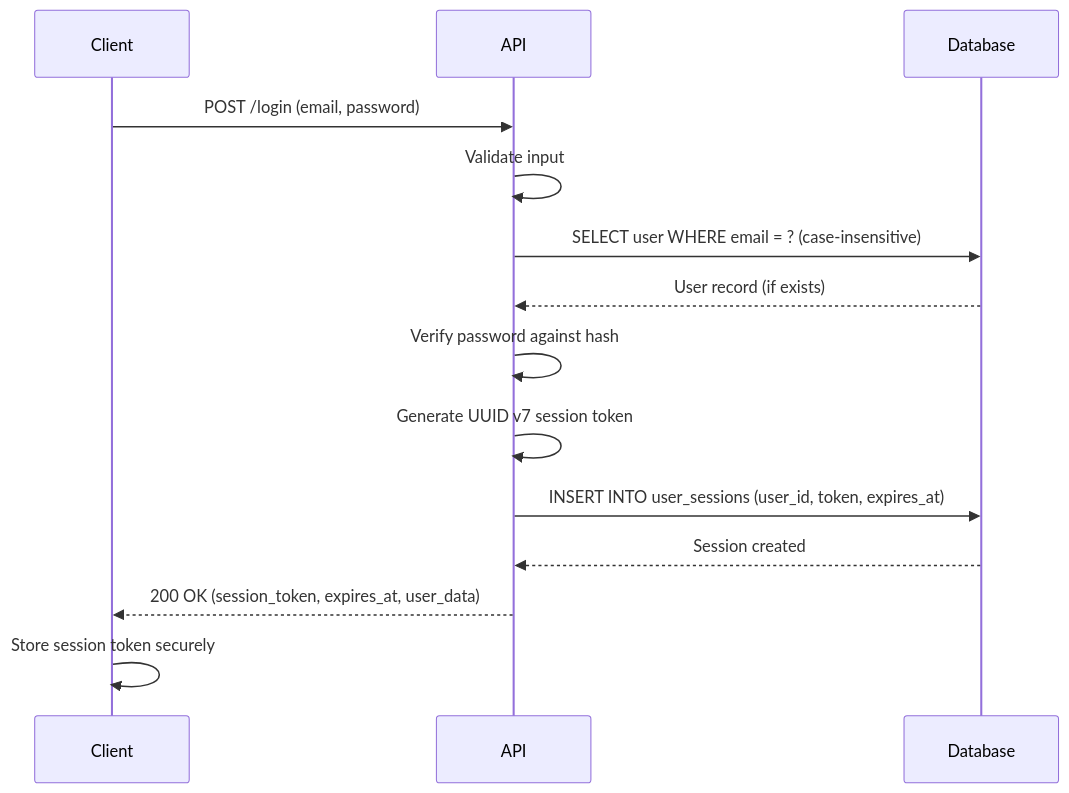
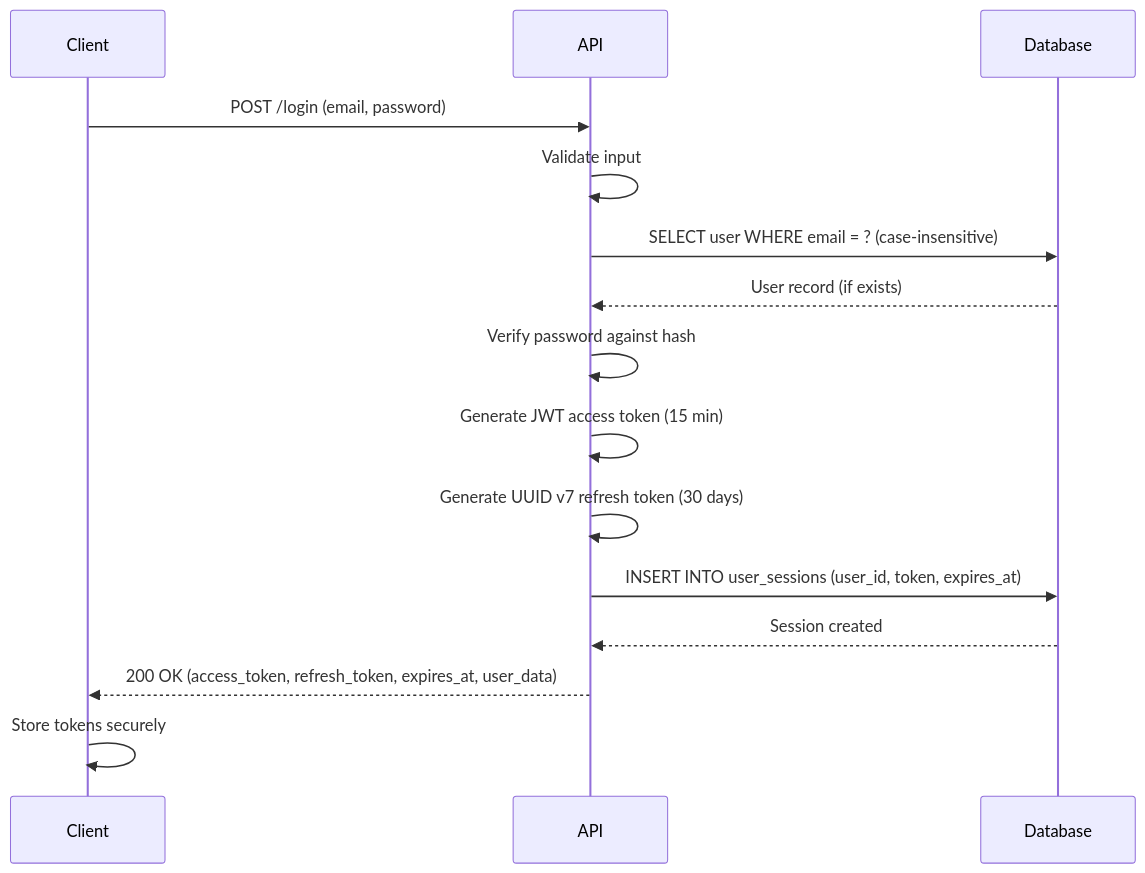
One commit to quanhua92/buildscale-ai changed the second of 7 diagrams in backend/docs/AUTHENTICATION.md. Above: the diagram before and after it, drawn with Mermaid. The commit also changed other lines of this file and 13 other files, not shown here.

First line of the commit message:
feat: implement JWT access token authentication with dual-token system

````diff
--- a/backend/docs/AUTHENTICATION.md
+++ b/backend/docs/AUTHENTICATION.md
@@ -23,17 +23,18 @@
 ```mermaid
 sequenceDiagram
     participant Client
     participant API
     participant Database
 
     Client->>API: POST /login (email, password)
     API->>API: Validate input
     API->>Database: SELECT user WHERE email = ? (case-insensitive)
     Database-->>API: User record (if exists)
     API->>API: Verify password against hash
-    API->>API: Generate UUID v7 session token
+    API->>API: Generate JWT access token (15 min)
+    API->>API: Generate UUID v7 refresh token (30 days)
     API->>Database: INSERT INTO user_sessions (user_id, token, expires_at)
     Database-->>API: Session created
-    API-->>Client: 200 OK (session_token, expires_at, user_data)
-    Client->>Client: Store session token securely
+    API-->>Client: 200 OK (access_token, refresh_token, expires_at, user_data)
+    Client->>Client: Store tokens securely
 ```
````
